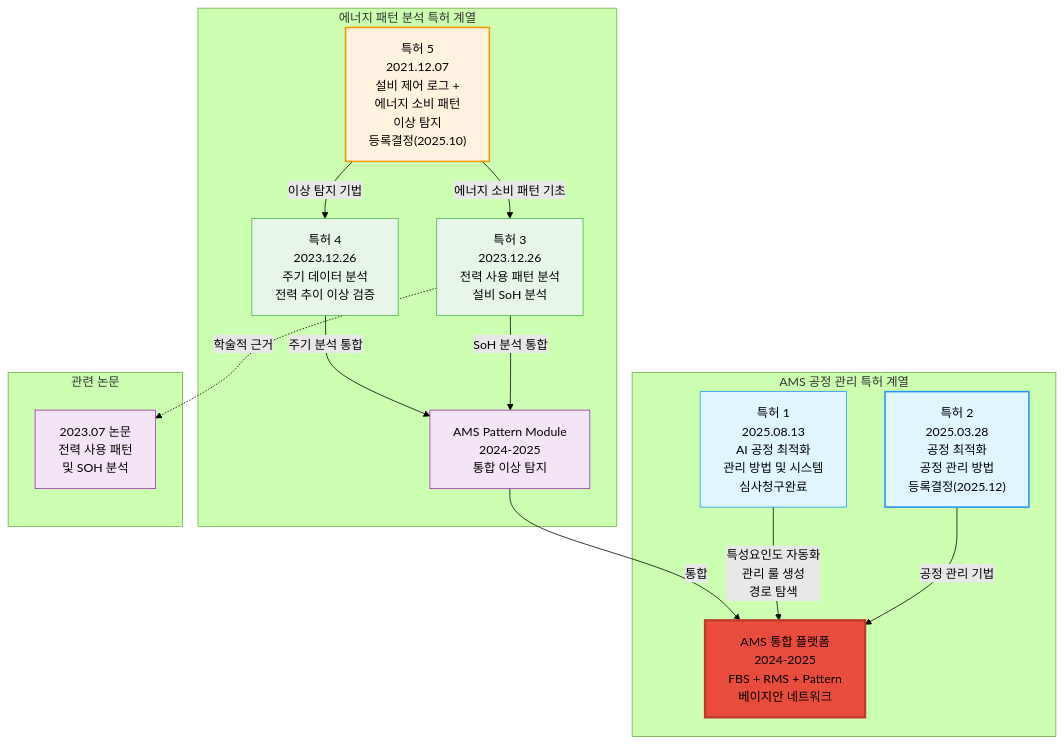
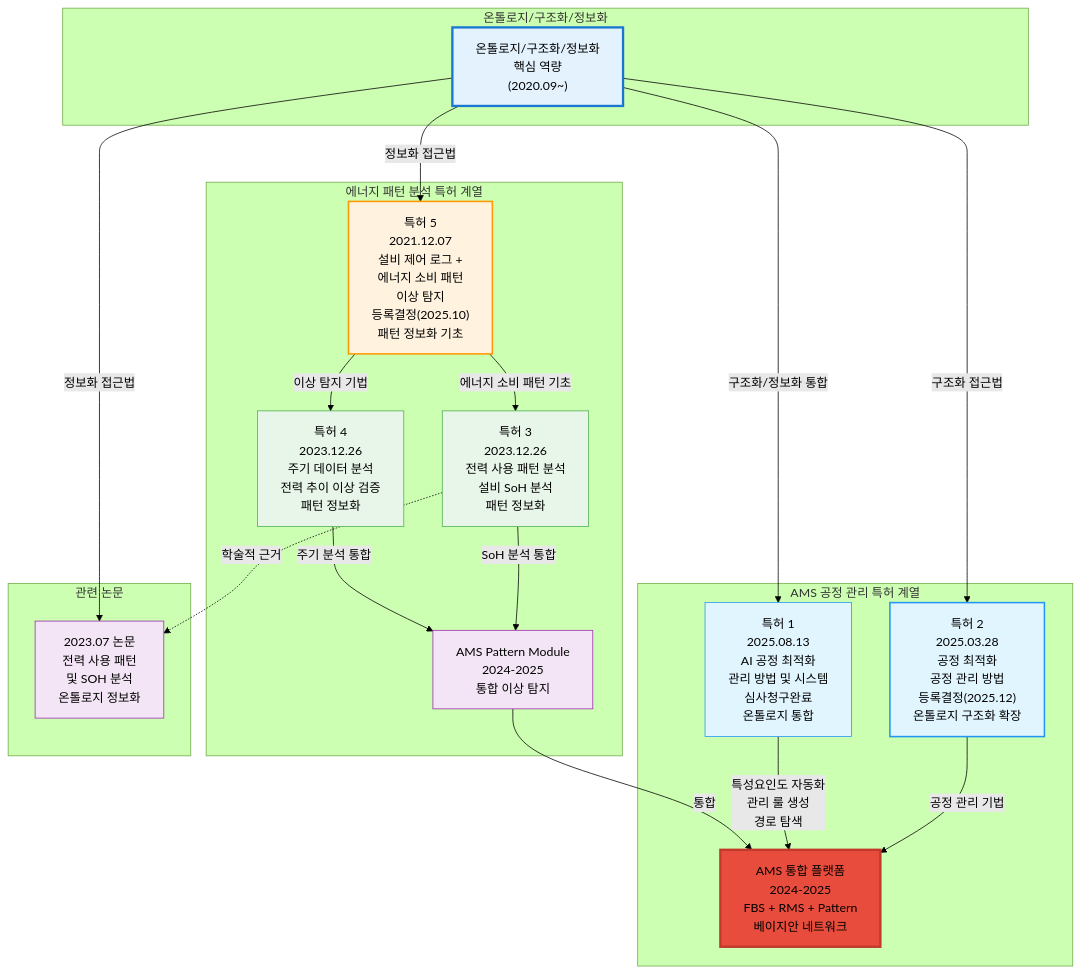
Before and after one commit to moobaek/Testing_AI_agents_for_public_use: the second of 2 diagrams in portfolio/portfolio_docs/04_Academic_Publications.md, drawn with Mermaid (forest theme). The commit also changed other lines of this file and 5 other files, not shown here.

First line of the commit message:
온톨로지/구조화/정보화 핵심 역량 강조: 모든 프로젝트/특허/논문의 연장선 관계 명시

````diff
--- a/portfolio/portfolio_docs/04_Academic_Publications.md
+++ b/portfolio/portfolio_docs/04_Academic_Publications.md
@@ -156,40 +156,49 @@
 ```mermaid
 graph TB
+    subgraph "온톨로지/구조화/정보화"
+        ONT["온톨로지/구조화/정보화<br/>핵심 역량<br/>(2020.09~)"]
+    end
+    
     subgraph "에너지 패턴 분석 특허 계열"
-        Patent3_2021["특허 5<br/>2021.12.07<br/>설비 제어 로그 +<br/>에너지 소비 패턴<br/>이상 탐지<br/>등록결정(2025.10)"]
-        Patent1_2023["특허 3<br/>2023.12.26<br/>전력 사용 패턴 분석<br/>설비 SoH 분석"]
-        Patent2_2023["특허 4<br/>2023.12.26<br/>주기 데이터 분석<br/>전력 추이 이상 검증"]
+        Patent3_2021["특허 5<br/>2021.12.07<br/>설비 제어 로그 +<br/>에너지 소비 패턴<br/>이상 탐지<br/>등록결정(2025.10)<br/>패턴 정보화 기초"]
+        Patent1_2023["특허 3<br/>2023.12.26<br/>전력 사용 패턴 분석<br/>설비 SoH 분석<br/>패턴 정보화"]
+        Patent2_2023["특허 4<br/>2023.12.26<br/>주기 데이터 분석<br/>전력 추이 이상 검증<br/>패턴 정보화"]
         AMSPattern["AMS Pattern Module<br/>2024-2025<br/>통합 이상 탐지"]
         
+        ONT -->|"정보화 접근법"| Patent3_2021
         Patent3_2021 -->|"에너지 소비 패턴 기초"| Patent1_2023
         Patent3_2021 -->|"이상 탐지 기법"| Patent2_2023
         Patent1_2023 -->|"SoH 분석 통합"| AMSPattern
         Patent2_2023 -->|"주기 분석 통합"| AMSPattern
     end
     
     subgraph "AMS 공정 관리 특허 계열"
-        Patent2_2025["특허 2<br/>2025.03.28<br/>공정 최적화<br/>공정 관리 방법<br/>등록결정(2025.12)"]
-        Patent1_2025["특허 1<br/>2025.08.13<br/>AI 공정 최적화<br/>관리 방법 및 시스템<br/>심사청구완료"]
+        Patent2_2025["특허 2<br/>2025.03.28<br/>공정 최적화<br/>공정 관리 방법<br/>등록결정(2025.12)<br/>온톨로지 구조화 확장"]
+        Patent1_2025["특허 1<br/>2025.08.13<br/>AI 공정 최적화<br/>관리 방법 및 시스템<br/>심사청구완료<br/>온톨로지 통합"]
         AMS["AMS 통합 플랫폼<br/>2024-2025<br/>FBS + RMS + Pattern<br/>베이지안 네트워크"]
         
+        ONT -->|"구조화 접근법"| Patent2_2025
+        ONT -->|"구조화/정보화 통합"| Patent1_2025
         Patent2_2025 -->|"공정 관리 기법"| AMS
         Patent1_2025 -->|"특성요인도 자동화<br/>관리 룰 생성<br/>경로 탐색"| AMS
     end
     
     subgraph "관련 논문"
-        Paper2023["2023.07 논문<br/>전력 사용 패턴<br/>및 SOH 분석"]
+        Paper2023["2023.07 논문<br/>전력 사용 패턴<br/>및 SOH 분석<br/>온톨로지 정보화"]
         
+        ONT -->|"정보화 접근법"| Paper2023
         Patent1_2023 -.->|"학술적 근거"| Paper2023
     end
     
     AMSPattern -->|"통합"| AMS
     
+    style ONT fill:#e3f2fd,stroke:#1976d2,stroke-width:3px
     style Patent3_2021 fill:#fff3e0,stroke:#ff9800,stroke-width:2px
     style Patent1_2023 fill:#e8f5e9,stroke:#4caf50
     style Patent2_2023 fill:#e8f5e9,stroke:#4caf50
     style Patent2_2025 fill:#e1f5ff,stroke:#2196f3,stroke-width:2px
     style Patent1_2025 fill:#e1f5ff,stroke:#2196f3
     style AMSPattern fill:#f3e5f5,stroke:#9c27b0
     style AMS fill:#e74c3c,stroke:#c0392b,stroke-width:3px
     style Paper2023 fill:#f3e5f5,stroke:#9c27b0
 ```
````
